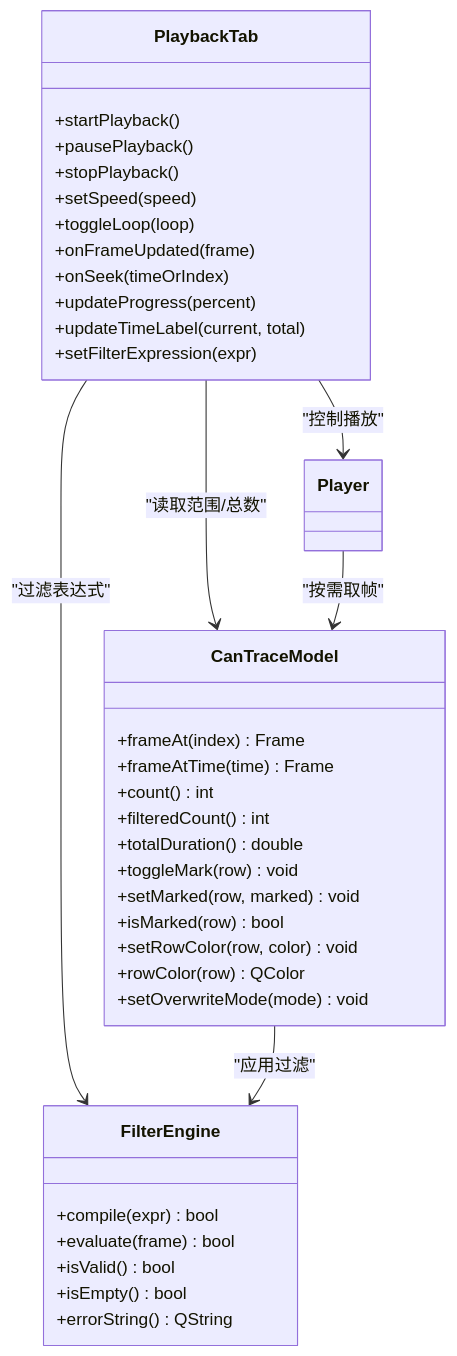
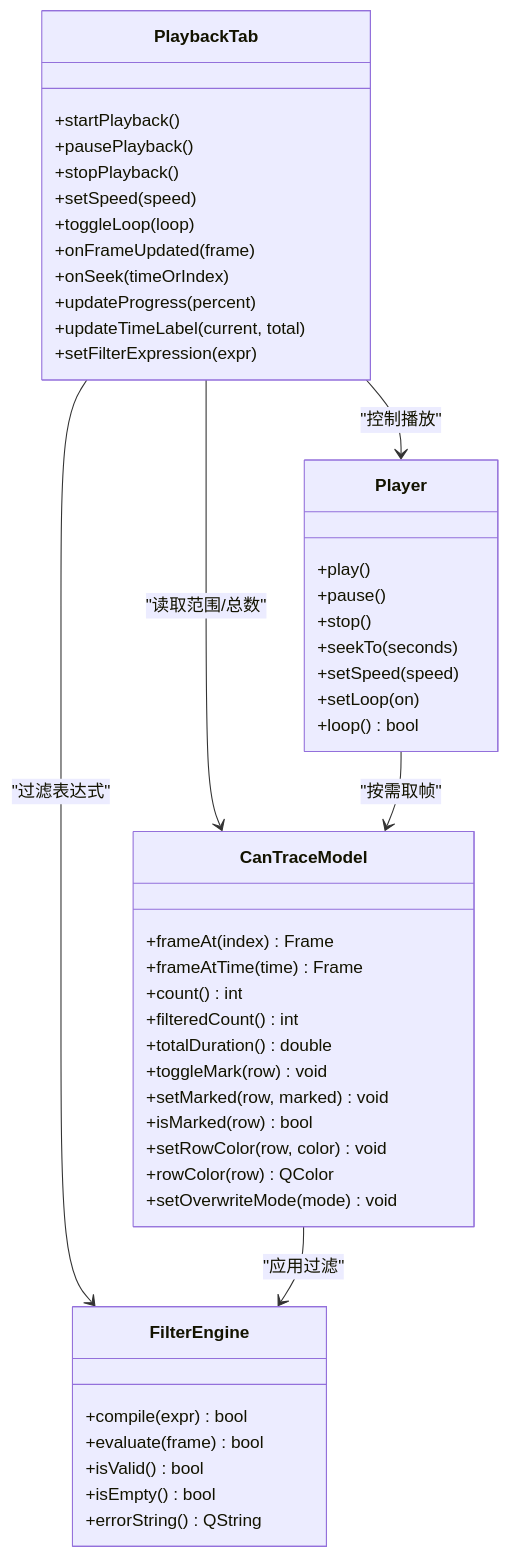
One commit to jakecai1225-design/OpenBus changed the third of 7 diagrams in .qoder/repowiki/zh/content/架构设计/UI系统设计/播放控制Tab组件.md. Above: the diagram before and after it, drawn with Mermaid. The commit also changed other lines of this file and 38 other files, not shown here.

````diff
--- a/.qoder/repowiki/zh/content/架构设计/UI系统设计/播放控制Tab组件.md
+++ b/.qoder/repowiki/zh/content/架构设计/UI系统设计/播放控制Tab组件.md
@@ -166,40 +186,49 @@
 ```mermaid
 classDiagram
 class PlaybackTab {
 +startPlayback()
 +pausePlayback()
 +stopPlayback()
 +setSpeed(speed)
 +toggleLoop(loop)
 +onFrameUpdated(frame)
 +onSeek(timeOrIndex)
 +updateProgress(percent)
 +updateTimeLabel(current, total)
 +setFilterExpression(expr)
 }
 class CanTraceModel {
 +frameAt(index) Frame
 +frameAtTime(time) Frame
 +count() int
 +filteredCount() int
 +totalDuration() double
 +toggleMark(row) void
 +setMarked(row, marked) void
 +isMarked(row) bool
 +setRowColor(row, color) void
 +rowColor(row) QColor
 +setOverwriteMode(mode) void
 }
 class FilterEngine {
 +compile(expr) bool
 +evaluate(frame) bool
 +isValid() bool
 +isEmpty() bool
 +errorString() QString
 }
+class Player {
++play()
++pause()
++stop()
++seekTo(seconds)
++setSpeed(speed)
++setLoop(on)
++loop() bool
+}
 PlaybackTab --> Player : "控制播放"
 PlaybackTab --> CanTraceModel : "读取范围/总数"
 PlaybackTab --> FilterEngine : "过滤表达式"
 Player --> CanTraceModel : "按需取帧"
 CanTraceModel --> FilterEngine : "应用过滤"
 ```
````
